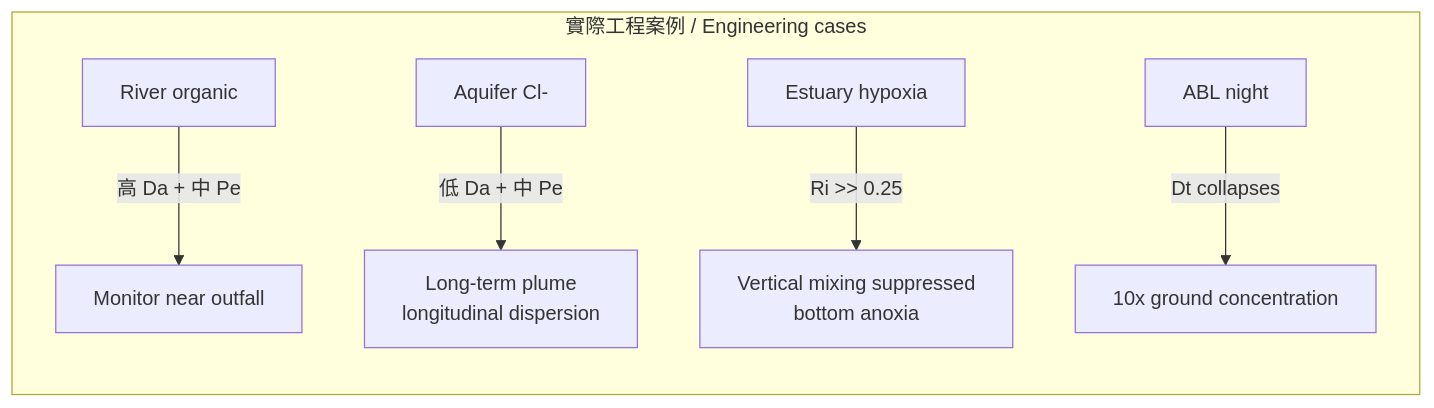
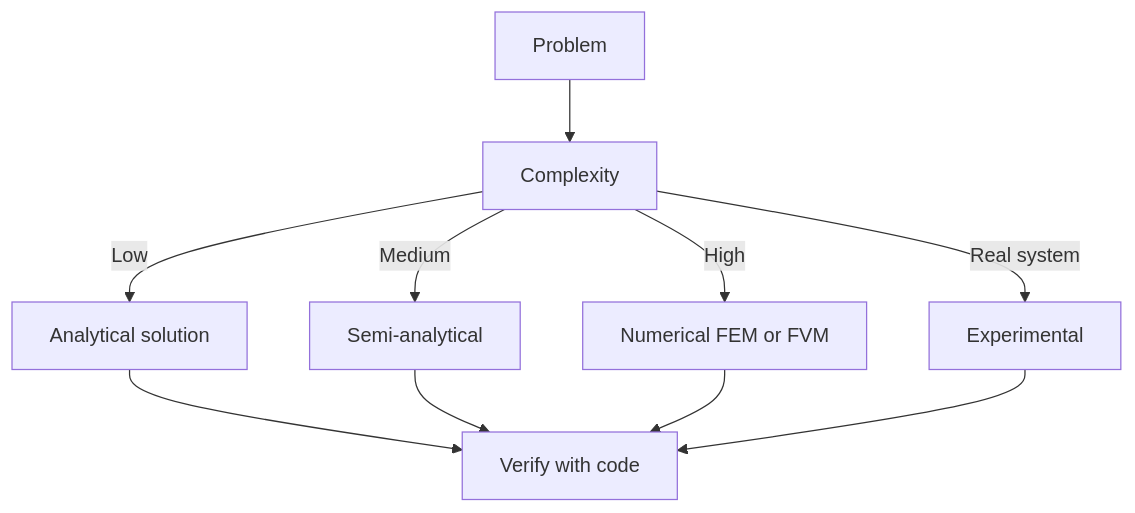
The second of 10 diagrams in MIT_CEE_Core/Track_1_Environment/Fluids_Transport_Engineering/01_1.061_Transport_Processes.md (yip-lgtm/civil-bootcamp), drawn with Mermaid before and after one commit. The commit also changed other lines of this file and 89 other files, not shown here.

````diff
--- a/MIT_CEE_Core/Track_1_Environment/Fluids_Transport_Engineering/01_1.061_Transport_Processes.md
+++ b/MIT_CEE_Core/Track_1_Environment/Fluids_Transport_Engineering/01_1.061_Transport_Processes.md
@@ -183,9 +118,12 @@
 ```mermaid
-flowchart LR
-    subgraph "實際工程案例 / Engineering cases"
-        A1[River organic] -->|高 Da + 中 Pe| A2[Monitor near outfall]
-        B1[Aquifer Cl-] -->|低 Da + 中 Pe| B2[Long-term plume<br/>longitudinal dispersion]
-        C1[Estuary hypoxia] -->|Ri >> 0.25| C2[Vertical mixing suppressed<br/>bottom anoxia]
-        D1[ABL night] -->|Dt collapses| D2[10x ground concentration]
-    end
+flowchart TD
+    Start[Problem] --> Q[Complexity]
+    Q -->|Low| Anal[Analytical solution]
+    Q -->|Medium| Semi[Semi-analytical]
+    Q -->|High| Num[Numerical FEM or FVM]
+    Q -->|Real system| Exp[Experimental]
+    Anal --> V[Verify with code]
+    Semi --> V
+    Num --> V
+    Exp --> V
 ```
````
